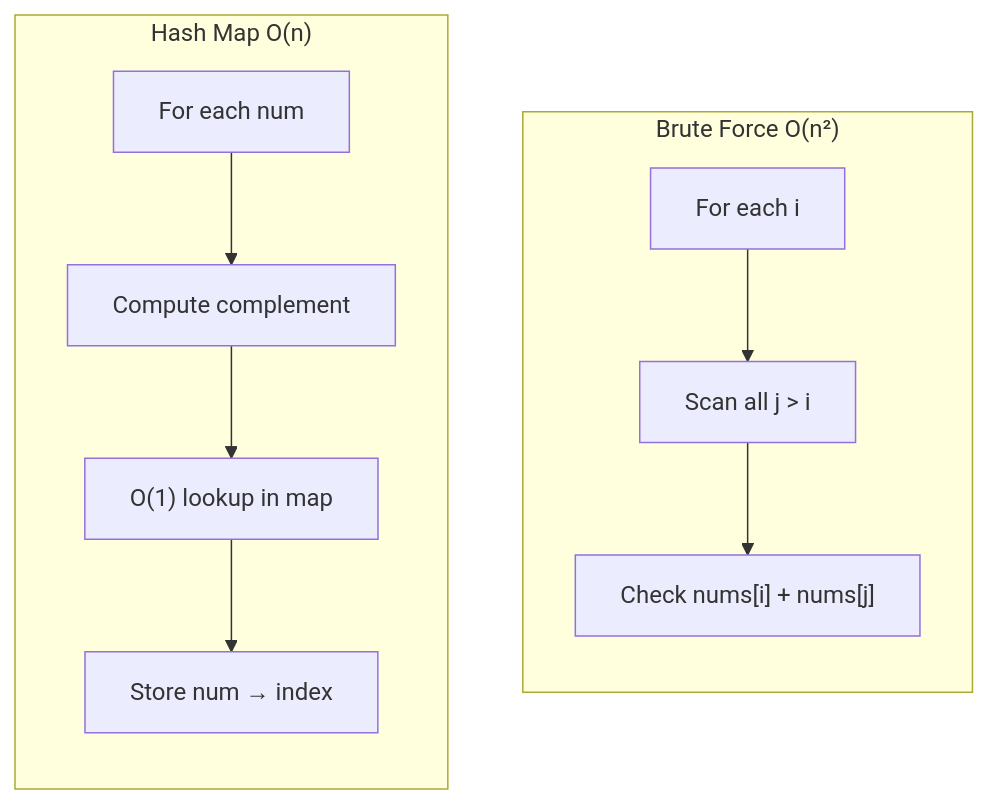
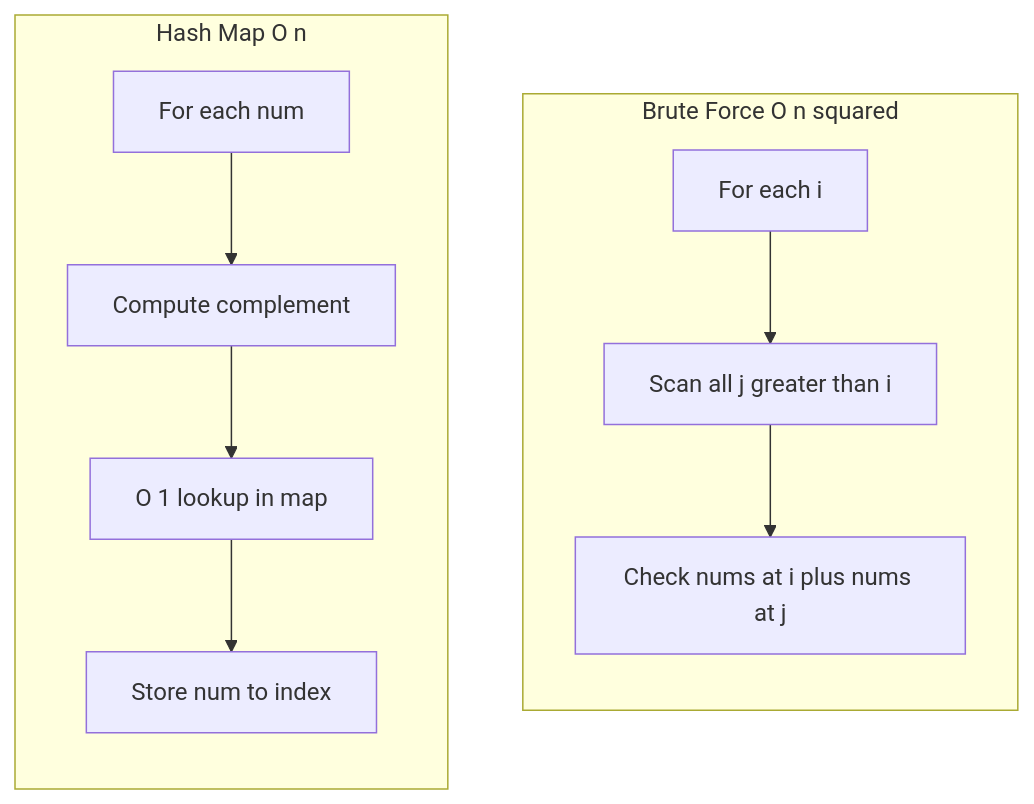
Before and after one commit to Patel7120/dsa-journal: the fourth of 4 diagrams in python/arrays/two_sum/README.md, drawn with Mermaid. The commit also changed other lines of this file and 1 other file, not shown here.

````diff
--- a/python/arrays/two_sum/README.md
+++ b/python/arrays/two_sum/README.md
@@ -170,15 +170,15 @@
 ```mermaid
 flowchart TB
-    subgraph BF["Brute Force O(n²)"]
+    subgraph BF["Brute Force O n squared"]
         direction TB
-        BF1["For each i"] --> BF2["Scan all j > i"]
-        BF2 --> BF3["Check nums[i] + nums[j]"]
+        BF1["For each i"] --> BF2["Scan all j greater than i"]
+        BF2 --> BF3["Check nums at i plus nums at j"]
     end
 
-    subgraph HM["Hash Map O(n)"]
+    subgraph HM["Hash Map O n"]
         direction TB
         HM1["For each num"] --> HM2["Compute complement"]
-        HM2 --> HM3["O(1) lookup in map"]
-        HM3 --> HM4["Store num → index"]
+        HM2 --> HM3["O 1 lookup in map"]
+        HM3 --> HM4["Store num to index"]
     end
 ```
````
